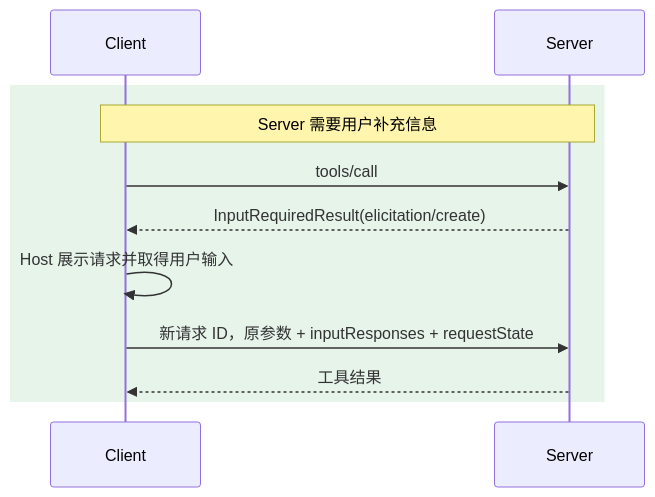
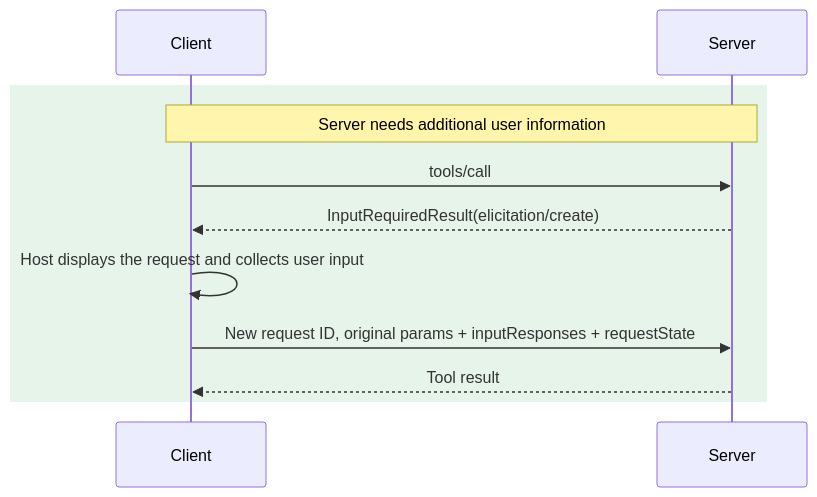
One commit to oneleaveknowsthefall/awesome-ai-roadmap changed the third of 5 diagrams in docs/tools/02-mcp/05-mcp-components.md. Above: the diagram before and after it, drawn with Mermaid. The commit also changed other lines of this file and 42 other files, not shown here.

````diff
--- a/docs/tools/02-mcp/05-mcp-components.md
+++ b/docs/tools/02-mcp/05-mcp-components.md
@@ -132,14 +132,14 @@
 ```mermaid
 sequenceDiagram
     participant C as Client
     participant S as Server
 
     rect rgb(230, 244, 234)
-    Note over C,S: Server 需要用户补充信息
+    Note over C,S: Server needs additional user information
     C->>S: tools/call
     S-->>C: InputRequiredResult(elicitation/create)
-    C->>C: Host 展示请求并取得用户输入
-    C->>S: 新请求 ID，原参数 + inputResponses + requestState
-    S-->>C: 工具结果
+    C->>C: Host displays the request and collects user input
+    C->>S: New request ID, original params + inputResponses + requestState
+    S-->>C: Tool result
     end
 ```
````
